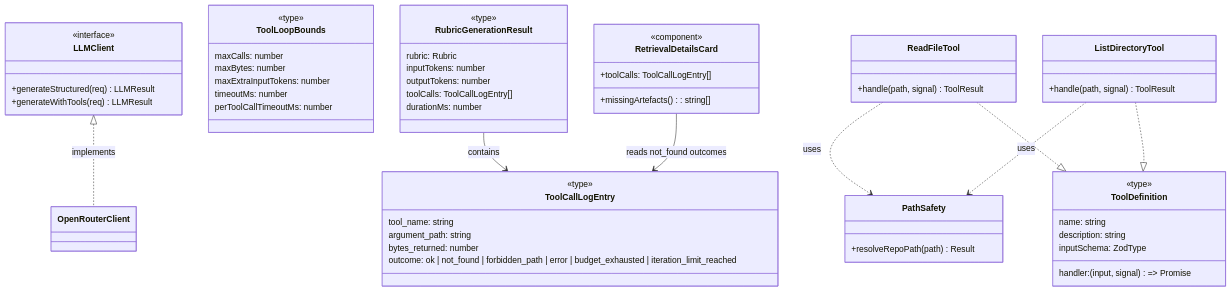
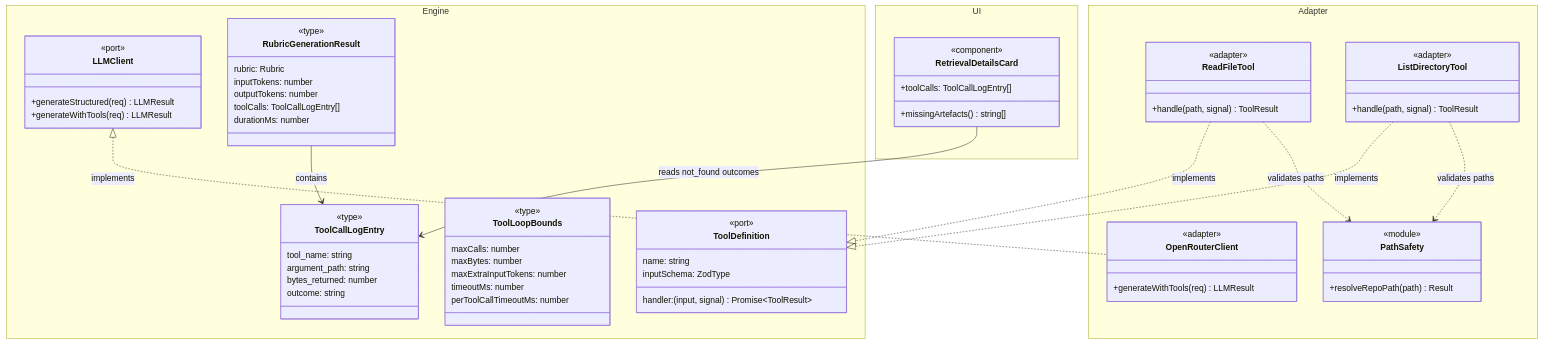
Before and after one commit to mironyx/feature-comprehension-score: the third of 3 diagrams in docs/design/lld-v2-e17-agentic-retrieval.md, drawn with Mermaid. The commit also changed other lines of this file, not shown here.

Commit message:
docs: LLD review fixes — extract helper, happy-path spec, rename RPC, per-tool-call consistency
- Extract executeToolCall helper from inline for-loop
- Add multi-turn happy-path BDD spec
- Rename finalise_rubric_v3 → finalise_rubric (no v2 shipped)
- Rename remaining per-call → per-tool-call for clarity
- Add layer namespaces to structural overview diagram

````diff
--- a/docs/design/lld-v2-e17-agentic-retrieval.md
+++ b/docs/design/lld-v2-e17-agentic-retrieval.md
@@ -77,60 +77,74 @@
 ```mermaid
 classDiagram
-  class LLMClient {
-    <<interface>>
-    +generateStructured(req) LLMResult
-    +generateWithTools(req) LLMResult
+  namespace Engine {
+    class LLMClient {
+      <<port>>
+      +generateStructured(req) LLMResult
+      +generateWithTools(req) LLMResult
+    }
+    class ToolDefinition {
+      <<port>>
+      name: string
+      inputSchema: ZodType
+      handler: (input, signal) Promise~ToolResult~
+    }
+    class ToolLoopBounds {
+      <<type>>
+      maxCalls: number
+      maxBytes: number
+      maxExtraInputTokens: number
+      timeoutMs: number
+      perToolCallTimeoutMs: number
+    }
+    class ToolCallLogEntry {
+      <<type>>
+      tool_name: string
+      argument_path: string
+      bytes_returned: number
+      outcome: string
+    }
+    class RubricGenerationResult {
+      <<type>>
+      rubric: Rubric
+      inputTokens: number
+      outputTokens: number
+      toolCalls: ToolCallLogEntry[]
+      durationMs: number
+    }
   }
-  class ToolDefinition {
-    <<type>>
-    name: string
-    description: string
-    inputSchema: ZodType
-    handler: (input, signal) => Promise<ToolResult>
+
+  namespace Adapter {
+    class OpenRouterClient {
+      <<adapter>>
+      +generateWithTools(req) LLMResult
+    }
+    class ReadFileTool {
+      <<adapter>>
+      +handle(path, signal) ToolResult
+    }
+    class ListDirectoryTool {
+      <<adapter>>
+      +handle(path, signal) ToolResult
+    }
+    class PathSafety {
+      <<module>>
+      +resolveRepoPath(path) Result
+    }
   }
-  class ToolLoopBounds {
-    <<type>>
-    maxCalls: number
-    maxBytes: number
-    maxExtraInputTokens: number
-    timeoutMs: number
-    perToolCallTimeoutMs: number
-  }
-  class ToolCallLogEntry {
-    <<type>>
-    tool_name: string
-    argument_path: string
-    bytes_returned: number
-    outcome: ok | not_found | forbidden_path | error | budget_exhausted | iteration_limit_reached
-  }
-  class RubricGenerationResult {
-    <<type>>
-    rubric: Rubric
-    inputTokens: number
-    outputTokens: number
-    toolCalls: ToolCallLogEntry[]
-    durationMs: number
-  }
-  class ReadFileTool {
-    +handle(path, signal) ToolResult
-  }
-  class ListDirectoryTool {
-    +handle(path, signal) ToolResult
-  }
-  class PathSafety {
-    +resolveRepoPath(path) Result
-  }
-  class RetrievalDetailsCard {
-    <<component>>
-    +toolCalls: ToolCallLogEntry[]
-    +missingArtefacts(): string[]
+
+  namespace UI {
+    class RetrievalDetailsCard {
+      <<component>>
+      +toolCalls: ToolCallLogEntry[]
+      +missingArtefacts() string[]
+    }
   }
 
   LLMClient <|.. OpenRouterClient : implements
-  ReadFileTool ..> PathSafety : uses
-  ListDirectoryTool ..> PathSafety : uses
-  ReadFileTool ..|> ToolDefinition
-  ListDirectoryTool ..|> ToolDefinition
+  ReadFileTool ..|> ToolDefinition : implements
+  ListDirectoryTool ..|> ToolDefinition : implements
+  ReadFileTool ..> PathSafety : validates paths
+  ListDirectoryTool ..> PathSafety : validates paths
   RubricGenerationResult --> ToolCallLogEntry : contains
   RetrievalDetailsCard --> ToolCallLogEntry : reads not_found outcomes
 ```
````
